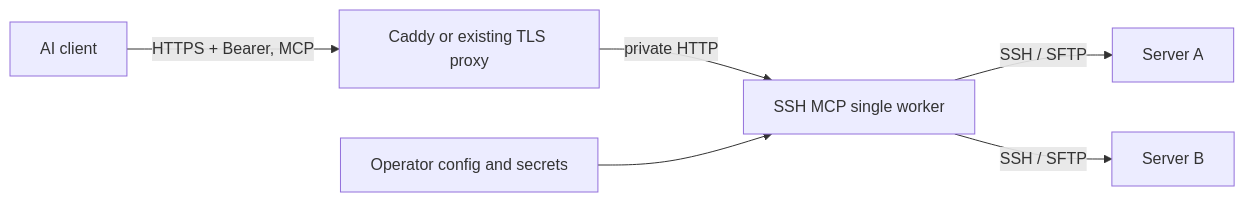
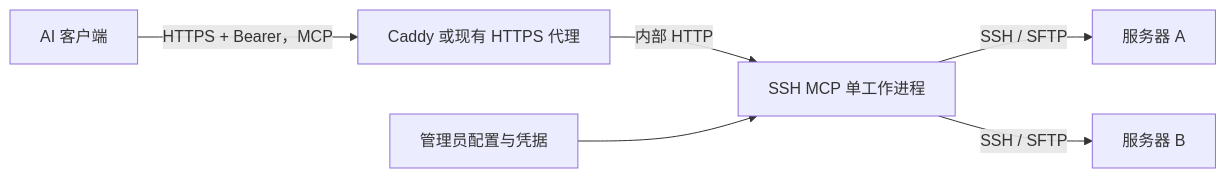
One commit to cytlabs/ssh-mcp changed the diagram in docs/deployment.md. Above: the diagram before and after it, drawn with Mermaid. The commit also changed other lines of this file and 23 other files, not shown here.

````diff
--- a/docs/deployment.md
+++ b/docs/deployment.md
@@ -5,8 +5,8 @@
 ```mermaid
 flowchart LR
-    A[AI client] -->|HTTPS + Bearer, MCP| P[Caddy or existing TLS proxy]
-    P -->|private HTTP| M[SSH MCP single worker]
-    M -->|SSH / SFTP| S1[Server A]
-    M -->|SSH / SFTP| S2[Server B]
-    C[Operator config and secrets] --> M
+    A[AI 客户端] -->|HTTPS + Bearer，MCP| P[Caddy 或现有 HTTPS 代理]
+    P -->|内部 HTTP| M[SSH MCP 单工作进程]
+    M -->|SSH / SFTP| S1[服务器 A]
+    M -->|SSH / SFTP| S2[服务器 B]
+    C[管理员配置与凭据] --> M
 ```
````
